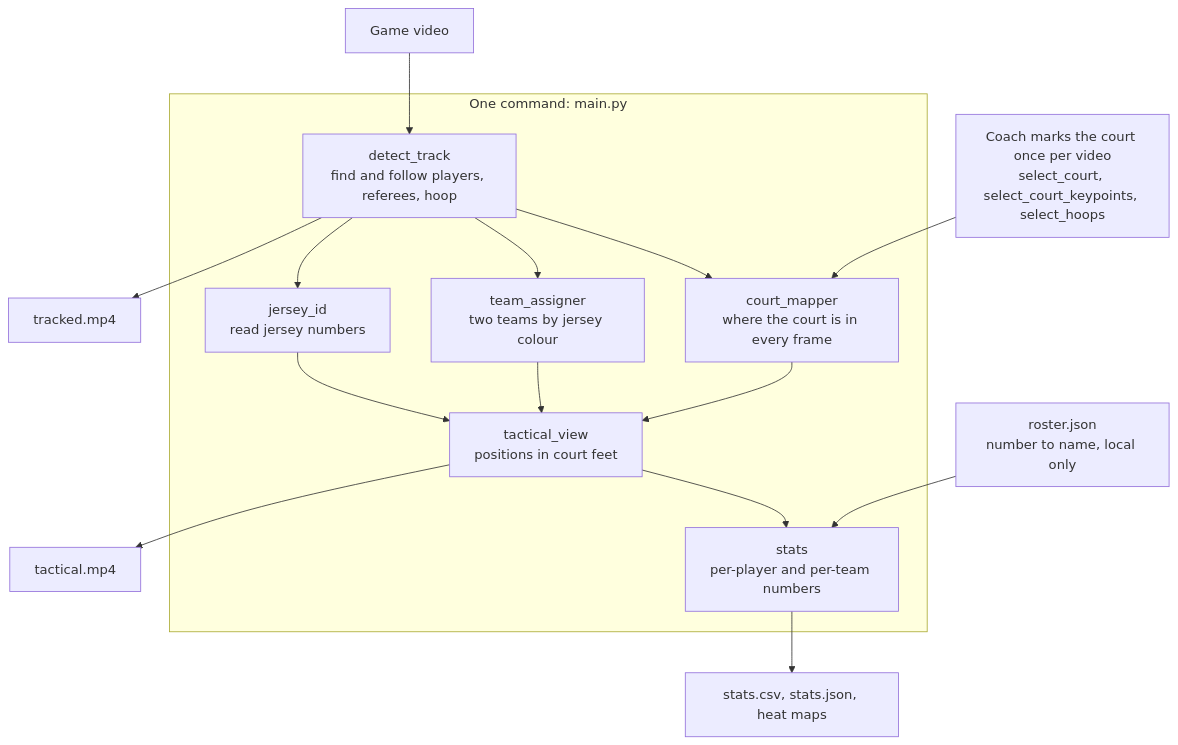
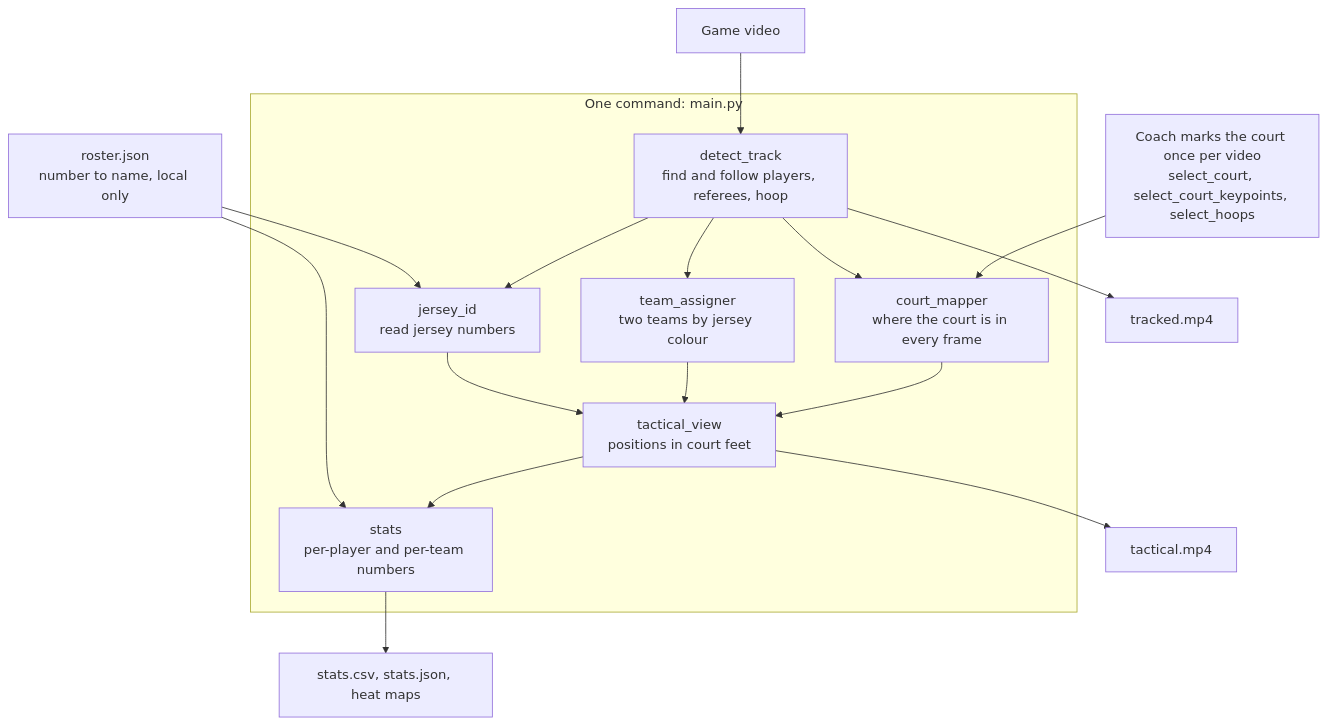
The diagram in README.md (gsharp23/basketball-tracker), drawn with Mermaid before and after one commit. The commit also changed other lines of this file and 6 other files, not shown here.

````diff
--- a/README.md
+++ b/README.md
@@ -24,27 +24,28 @@
 ```mermaid
 flowchart TD
     video[Game video] --> detect
     clicks[Coach marks the court once per video<br/>select_court, select_court_keypoints, select_hoops] --> court
 
     subgraph pipeline [One command: main.py]
         detect[detect_track<br/>find and follow players, referees, hoop]
         court[court_mapper<br/>where the court is in every frame]
         teams[team_assigner<br/>two teams by jersey colour]
         jerseys[jersey_id<br/>read jersey numbers]
         tactical[tactical_view<br/>positions in court feet]
         stats[stats<br/>per-player and per-team numbers]
 
         detect --> court
         detect --> teams
         detect --> jerseys
         court --> tactical
         teams --> tactical
         jerseys --> tactical
         tactical --> stats
     end
 
     roster[roster.json<br/>number to name, local only] --> stats
+    roster --> jerseys
     detect --> v1[tracked.mp4]
     tactical --> v2[tactical.mp4]
     stats --> out[stats.csv, stats.json, heat maps]
 ```
````
